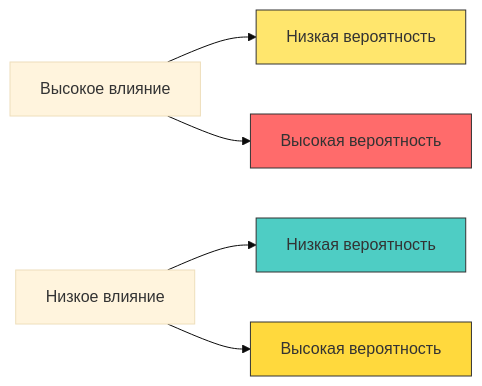
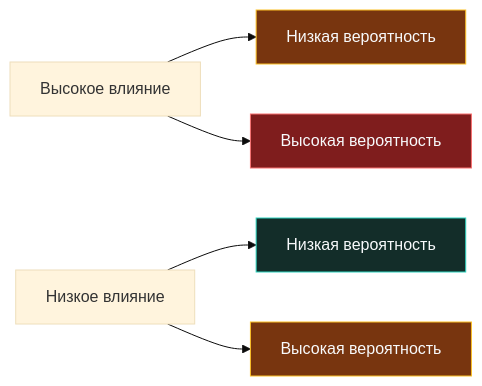
One commit to UnrealTemplier/go-textbook changed the third of 3 diagrams in sources/17. Безопасность (AppSec в Go)/01. Фундамент/2. Threat modeling и attack surface.md. Above: the diagram before and after it, drawn with Mermaid (base theme). The commit also changed other lines of this file and 310 other files, not shown here.

First line of the commit message:
fix(mermaid): replace light fill colors with dark palette for readability on dark theme

````diff
--- a/sources/17. Безопасность (AppSec в Go)/01. Фундамент/2. Threat modeling и attack surface.md
+++ b/sources/17. Безопасность (AppSec в Go)/01. Фундамент/2. Threat modeling и attack surface.md
@@ -225,13 +225,13 @@
 ```mermaid
 flowchart LR
     A["Высокое влияние"] --> B["Низкая вероятность"]
     A --> C["Высокая вероятность"]
     
     D["Низкое влияние"] --> E["Низкая вероятность"]
     D --> F["Высокая вероятность"]
     
-    style C fill:#ff6b6b,stroke:#333
-    style F fill:#ffd93d,stroke:#333
-    style B fill:#ffe66d,stroke:#333
-    style E fill:#4ecdc4,stroke:#333
+    style C fill:#7f1d1d,stroke:#f87171,color:#f8fafc
+    style F fill:#78350f,stroke:#fbbf24,color:#f8fafc
+    style B fill:#78350f,stroke:#fbbf24,color:#f8fafc
+    style E fill:#132d29,stroke:#2dd4bf,color:#f8fafc
 ```
````
